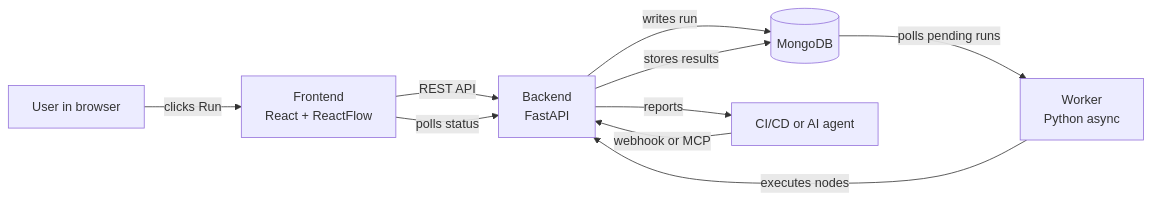
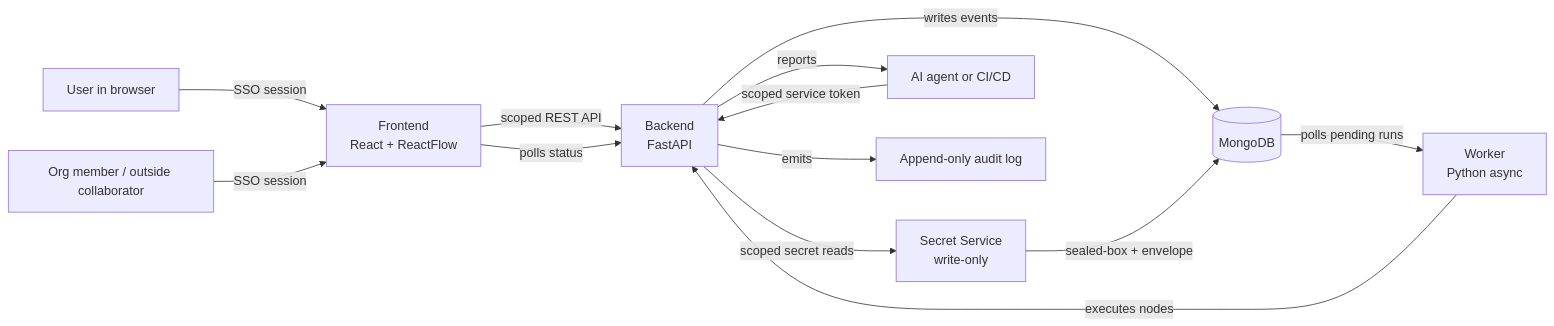
The diagram in docs/reference/architecture.md (Kaysharp42/apiweave), drawn with Mermaid before and after one commit. The commit also changed other lines of this file and 28 other files, not shown here.

````diff
--- a/docs/reference/architecture.md
+++ b/docs/reference/architecture.md
@@ -11,12 +11,15 @@
 ```mermaid
 graph LR
-    User[User in browser] -->|clicks Run| Frontend
-    Frontend[Frontend<br/>React + ReactFlow] -->|REST API| Backend
-    Backend[Backend<br/>FastAPI] -->|writes run| MongoDB[(MongoDB)]
+    User[User in browser] -->|SSO session| Frontend
+    OrgMember[Org member / outside collaborator] -->|SSO session| Frontend
+    Frontend[Frontend<br/>React + ReactFlow] -->|scoped REST API| Backend
+    Backend[Backend<br/>FastAPI] -->|writes events| MongoDB[(MongoDB)]
     MongoDB -->|polls pending runs| Worker[Worker<br/>Python async]
     Worker -->|executes nodes| Backend
-    Backend -->|stores results| MongoDB
+    Backend -->|scoped secret reads| SecretService[Secret Service<br/>write-only]
+    SecretService -->|sealed-box + envelope| MongoDB
     Frontend -->|polls status| Backend
-    External[CI/CD or AI agent] -->|webhook or MCP| Backend
-    Backend -->|reports| External
+    Agent[AI agent or CI/CD] -->|scoped service token| Backend
+    Backend -->|emits| Audit[Append-only audit log]
+    Backend -->|reports| Agent
 ```
````
